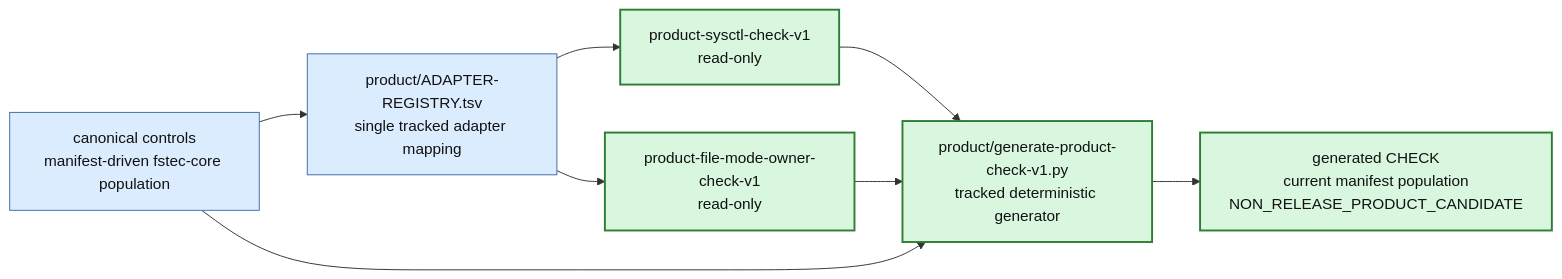
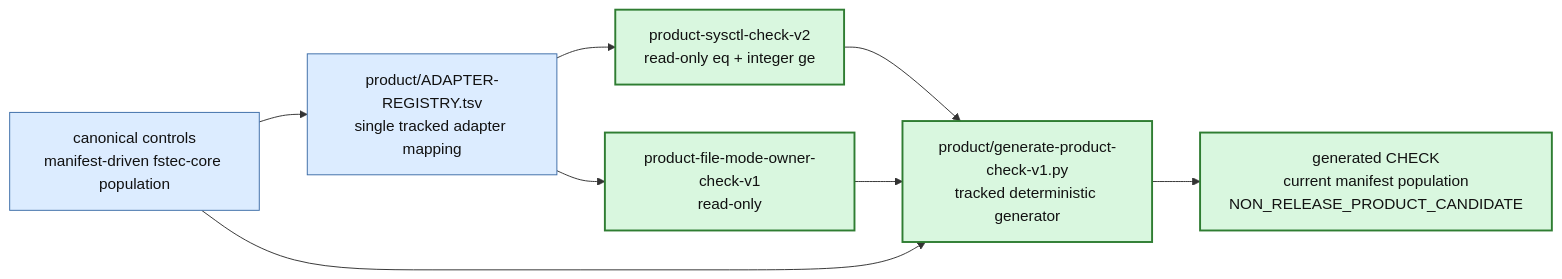
The third of 6 diagrams in docs/PROJECT-MAP-v3.md (rasav65/SecureLinux-Policy), drawn with Mermaid before and after one commit. The commit also changed other lines of this file and 43 other files, not shown here.

Commit message:
fstec: закрыть SRC-0033 через sysctl ge и CHECK-19

````diff
--- a/docs/PROJECT-MAP-v3.md
+++ b/docs/PROJECT-MAP-v3.md
@@ -196,19 +196,19 @@
 ```mermaid
 flowchart LR
     CTRLNOW["canonical controls<br/>manifest-driven fstec-core population"]:::component
     REG["product/ADAPTER-REGISTRY.tsv<br/>single tracked adapter mapping"]:::component
-    SYS["product-sysctl-check-v1<br/>read-only"]:::closed
+    SYS["product-sysctl-check-v2<br/>read-only eq + integer ge"]:::closed
     FILE["product-file-mode-owner-check-v1<br/>read-only"]:::closed
     GEN["product/generate-product-check-v1.py<br/>tracked deterministic generator"]:::closed
     CHECK["generated CHECK<br/>current manifest population<br/>NON_RELEASE_PRODUCT_CANDIDATE"]:::closed
 
     CTRLNOW --> REG
     REG --> SYS
     REG --> FILE
     SYS --> GEN
     FILE --> GEN
     CTRLNOW --> GEN --> CHECK
 
     classDef closed fill:#d9f7df,stroke:#2f7d32,color:#111,stroke-width:2px;
     classDef component fill:#dcecff,stroke:#3e6ea8,color:#111;
 ```
````
